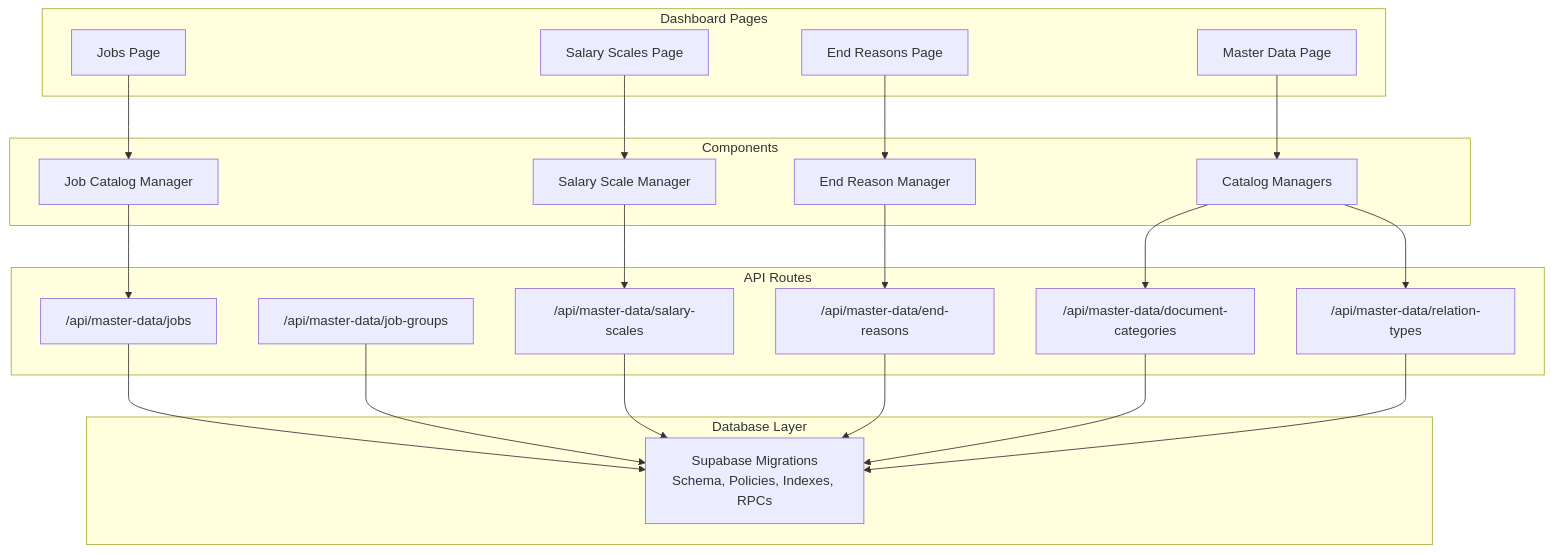
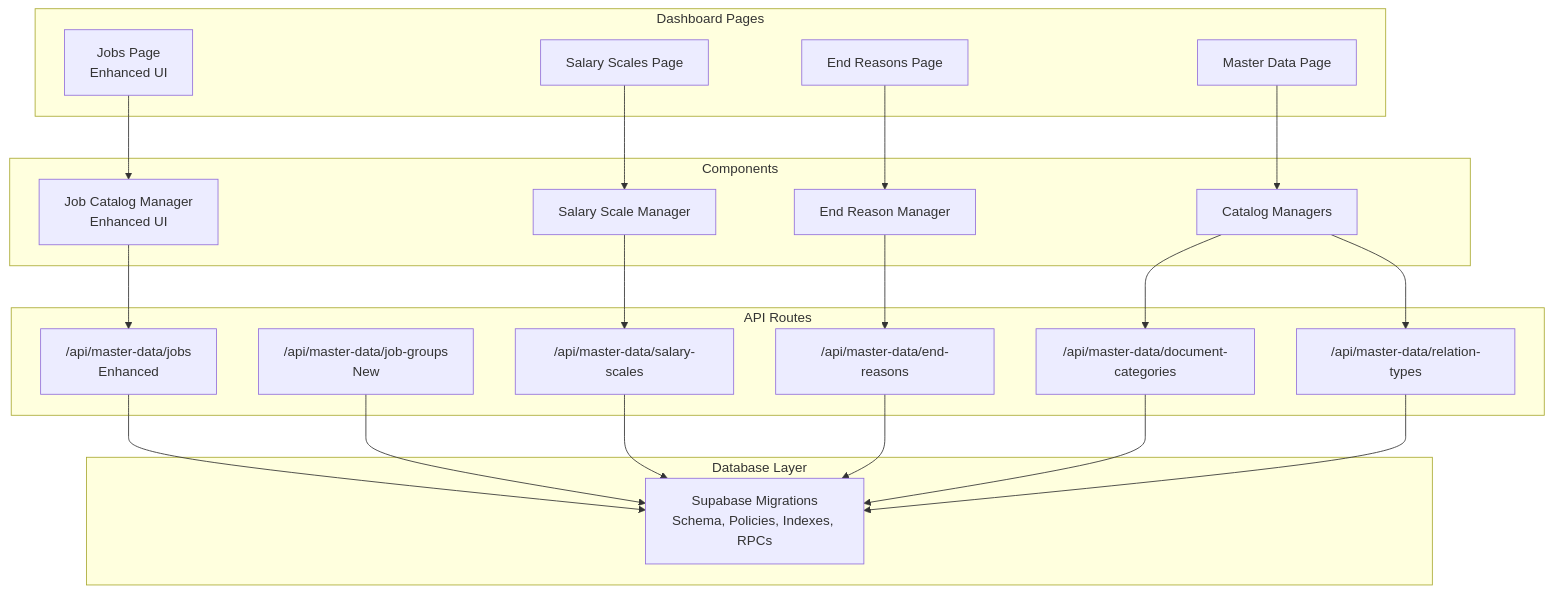
Before and after one commit to EdwinCycling/LiquidHR: the first of 7 diagrams in .qoder/repowiki/en/content/Administration/Master Data Management.md, drawn with Mermaid. The commit also changed other lines of this file and 26 other files, not shown here.

````diff
--- a/.qoder/repowiki/en/content/Administration/Master Data Management.md
+++ b/.qoder/repowiki/en/content/Administration/Master Data Management.md
@@ -53,41 +63,41 @@
 ```mermaid
 graph TB
 subgraph "Dashboard Pages"
 MDPage["Master Data Page"]
-JobsPage["Jobs Page"]
+JobsPage["Jobs Page<br/>Enhanced UI"]
 ScalesPage["Salary Scales Page"]
 EndReasonsPage["End Reasons Page"]
 end
 subgraph "Components"
 CatalogManagers["Catalog Managers"]
-JobManager["Job Catalog Manager"]
+JobManager["Job Catalog Manager<br/>Enhanced UI"]
 ScaleManager["Salary Scale Manager"]
 EndReasonManager["End Reason Manager"]
 end
 subgraph "API Routes"
-JobsAPI["/api/master-data/jobs"]
-GroupsAPI["/api/master-data/job-groups"]
+JobsAPI["/api/master-data/jobs<br/>Enhanced"]
+GroupsAPI["/api/master-data/job-groups<br/>New"]
 ScalesAPI["/api/master-data/salary-scales"]
 EndReasonsAPI["/api/master-data/end-reasons"]
 DocCatsAPI["/api/master-data/document-categories"]
 RelTypesAPI["/api/master-data/relation-types"]
 end
 subgraph "Database Layer"
 Migrations["Supabase Migrations<br/>Schema, Policies, Indexes, RPCs"]
 end
 MDPage --> CatalogManagers
 JobsPage --> JobManager
 ScalesPage --> ScaleManager
 EndReasonsPage --> EndReasonManager
 JobManager --> JobsAPI
 ScaleManager --> ScalesAPI
 EndReasonManager --> EndReasonsAPI
 CatalogManagers --> DocCatsAPI
 CatalogManagers --> RelTypesAPI
 JobsAPI --> Migrations
 GroupsAPI --> Migrations
 ScalesAPI --> Migrations
 EndReasonsAPI --> Migrations
 DocCatsAPI --> Migrations
 RelTypesAPI --> Migrations
 ```
````
